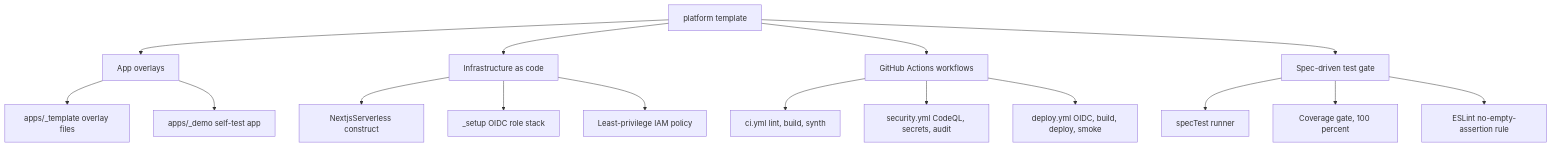
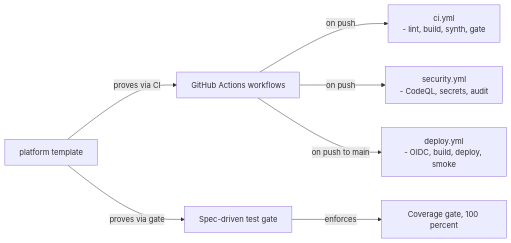
The fourth of 5 diagrams in README.md (elleskay/platform), drawn with Mermaid before and after one commit. The commit also changed other lines of this file and 55 other files, not shown here.

````diff
--- a/README.md
+++ b/README.md
@@ -79,24 +138,9 @@
 ```mermaid
-flowchart TD
-  P[platform template]
-
-  P --> APPS[App overlays]
-  P --> INFRA[Infrastructure as code]
-  P --> CI[GitHub Actions workflows]
-  P --> SPEC[Spec-driven test gate]
-
-  APPS --> T[apps/_template overlay files]
-  APPS --> D[apps/_demo self-test app]
-
-  INFRA --> C[NextjsServerless construct]
-  INFRA --> S[_setup OIDC role stack]
-  INFRA --> IAM[Least-privilege IAM policy]
-
-  CI --> CIW[ci.yml lint, build, synth]
-  CI --> SECW[security.yml CodeQL, secrets, audit]
-  CI --> DEPW[deploy.yml OIDC, build, deploy, smoke]
-
-  SPEC --> RUN[specTest runner]
-  SPEC --> GATE[Coverage gate, 100 percent]
-  SPEC --> RULE[ESLint no-empty-assertion rule]
+flowchart LR
+  P["platform template"] -->|"proves via CI"| CI["GitHub Actions workflows"]
+  P -->|"proves via gate"| SPEC["Spec-driven test gate"]
+  CI -->|"on push"| CIW["ci.yml<br/>- lint, build, synth, gate"]
+  CI -->|"on push"| SECW["security.yml<br/>- CodeQL, secrets, audit"]
+  CI -->|"on push to main"| DEPW["deploy.yml<br/>- OIDC, build, deploy, smoke"]
+  SPEC -->|"enforces"| GATE["Coverage gate, 100 percent"]
 ```
````
